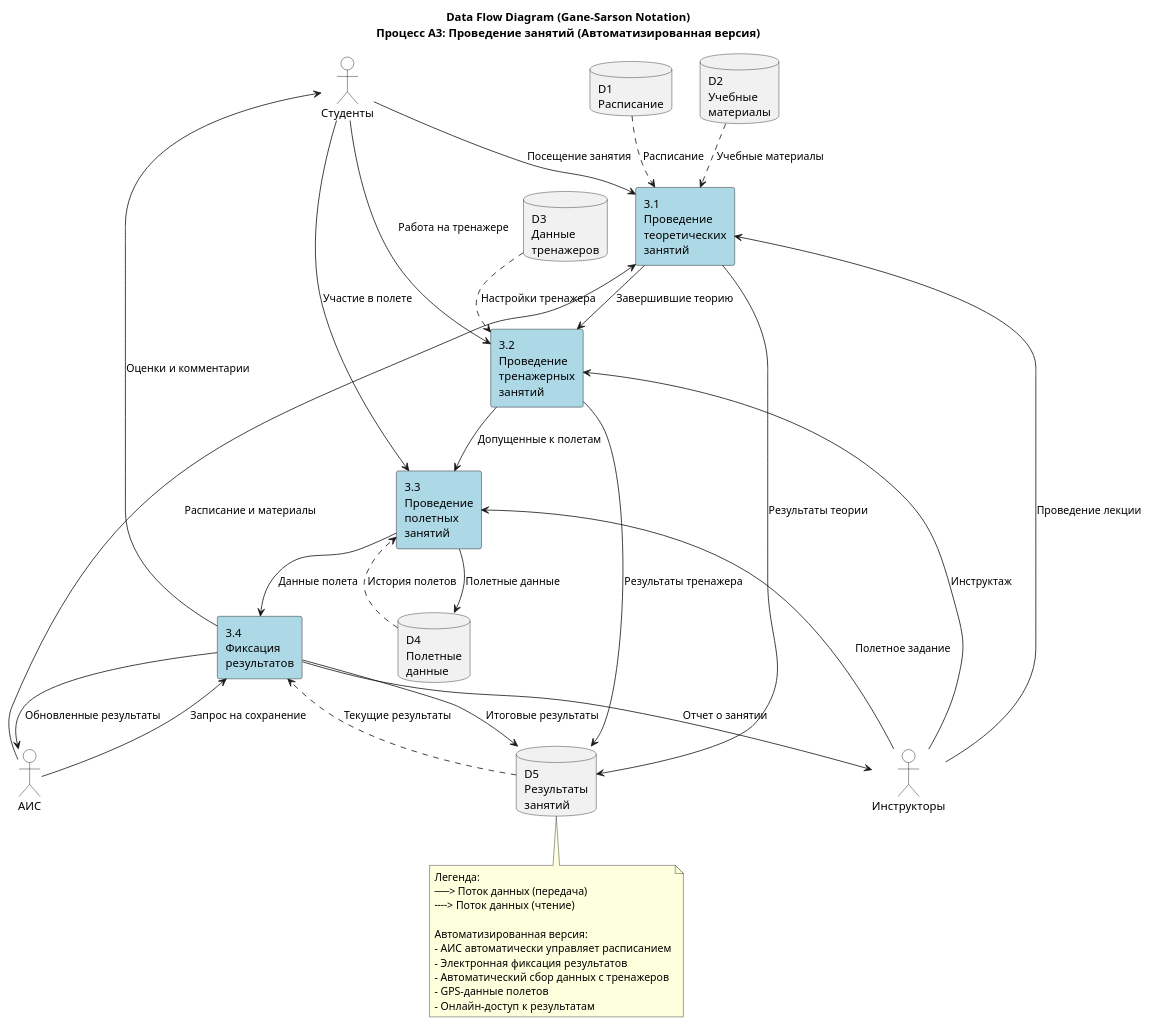
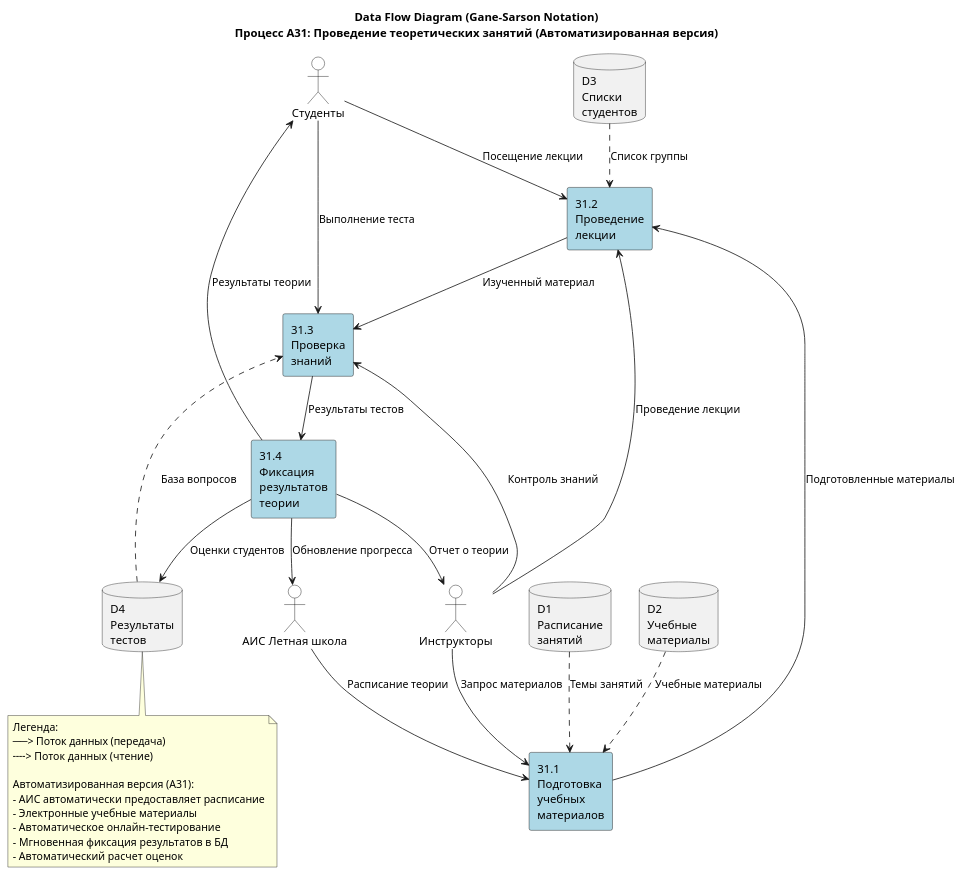
Before and after one commit to oINCLUDEo/Coursework2: the diagram in diagrams/dfd/automated/A3_lessons_dfd.puml, drawn with PlantUML. The commit also changed 2 other files, not shown here.

Commit message:
Redesign DFD for subprocess A31, add section 2.3 comparative analysis

```diff
--- a/diagrams/dfd/automated/A3_lessons_dfd.puml
+++ b/diagrams/dfd/automated/A3_lessons_dfd.puml
@@ -1,87 +1,80 @@
-@startuml DFD A3 - Проведение занятий (Автоматизированная)
+@startuml DFD A31 - Проведение теоретических занятий (Автоматизированная)
 
-' DFD диаграмма в нотации Гейна-Сарсона для процесса A3 (Автоматизированная версия)
-title Data Flow Diagram (Gane-Sarson Notation)\nПроцесс A3: Проведение занятий (Автоматизированная версия)
+' DFD диаграмма в нотации Гейна-Сарсона для процесса A31 (Автоматизированная версия)
+title Data Flow Diagram (Gane-Sarson Notation)\nПроцесс A31: Проведение теоретических занятий (Автоматизированная версия)
 
 skinparam rectangle {
   BackgroundColor LightBlue
   BorderColor Black
 }
 
 skinparam storage {
   BackgroundColor LightGray
   BorderColor Black
 }
 
 skinparam actor {
   BackgroundColor White
   BorderColor Black
 }
 
 ' Внешние сущности (External Entities)
 actor "Студенты" as Student
 actor "Инструкторы" as Instructor
-actor "АИС" as AIS
+actor "АИС Летная школа" as AIS
 
-' Процессы A3 (Processes)
-rectangle "3.1\nПроведение\nтеоретических\nзанятий" as P31
-rectangle "3.2\nПроведение\nтренажерных\nзанятий" as P32
-rectangle "3.3\nПроведение\nполетных\nзанятий" as P33
-rectangle "3.4\nФиксация\nрезультатов" as P34
+' Подпроцессы A31 (Processes)
+rectangle "31.1\nПодготовка\nучебных\nматериалов" as P311
+rectangle "31.2\nПроведение\nлекции" as P312
+rectangle "31.3\nПроверка\nзнаний" as P313
+rectangle "31.4\nФиксация\nрезультатов\nтеории" as P314
 
 ' Хранилища данных (Data Stores)
-database "D1\nРасписание" as DS1
+database "D1\nРасписание\nзанятий" as DS1
 database "D2\nУчебные\nматериалы" as DS2
-database "D3\nДанные\nтренажеров" as DS3
-database "D4\nПолетные\nданные" as DS4
-database "D5\nРезультаты\nзанятий" as DS5
+database "D3\nСписки\nстудентов" as DS3
+database "D4\nРезультаты\nтестов" as DS4
 
 ' Входные потоки от внешних сущностей
-Student --> P31 : Посещение занятия
-Student --> P32 : Работа на тренажере
-Student --> P33 : Участие в полете
+AIS --> P311 : Расписание теории
+Instructor --> P311 : Запрос материалов
 
-Instructor --> P31 : Проведение лекции
-Instructor --> P32 : Инструктаж
-Instructor --> P33 : Полетное задание
+Student --> P312 : Посещение лекции
+Instructor --> P312 : Проведение лекции
 
-AIS --> P31 : Расписание и материалы
-AIS --> P34 : Запрос на сохранение
+Student --> P313 : Выполнение теста
+Instructor --> P313 : Контроль знаний
+
+' Потоки от хранилищ к процессам (чтение)
+DS1 ..> P311 : Темы занятий
+DS2 ..> P311 : Учебные материалы
+DS3 ..> P312 : Список группы
+DS4 ..> P313 : База вопросов
+
+' Потоки между процессами
+P311 --> P312 : Подготовленные материалы
+P312 --> P313 : Изученный материал
+P313 --> P314 : Результаты тестов
 
 ' Потоки от процессов к хранилищам (запись)
-P31 --> DS5 : Результаты теории
-P32 --> DS5 : Результаты тренажера
-P33 --> DS4 : Полетные данные
-P34 --> DS5 : Итоговые результаты
-
-' Потоки от хранилищ к процессам (чтение)
-DS1 ..> P31 : Расписание
-DS2 ..> P31 : Учебные материалы
-DS3 ..> P32 : Настройки тренажера
-DS4 ..> P33 : История полетов
-DS5 ..> P34 : Текущие результаты
-
-' Потоки между процессами
-P31 --> P32 : Завершившие теорию
-P32 --> P33 : Допущенные к полетам
-P33 --> P34 : Данные полета
+P314 --> DS4 : Оценки студентов
 
 ' Выходные потоки к внешним сущностям
-P34 --> Student : Оценки и комментарии
-P34 --> Instructor : Отчет о занятии
-P34 --> AIS : Обновленные результаты
+P314 --> Student : Результаты теории
+P314 --> Instructor : Отчет о теории
+P314 --> AIS : Обновление прогресса
 
 note bottom
   Легенда:
   ──> Поток данных (передача)
   ╌╌> Поток данных (чтение)
   
-  Автоматизированная версия:
-  - АИС автоматически управляет расписанием
-  - Электронная фиксация результатов
-  - Автоматический сбор данных с тренажеров
-  - GPS-данные полетов
-  - Онлайн-доступ к результатам
+  Автоматизированная версия (A31):
+  - АИС автоматически предоставляет расписание
+  - Электронные учебные материалы
+  - Автоматическое онлайн-тестирование
+  - Мгновенная фиксация результатов в БД
+  - Автоматический расчет оценок
 end note
 
 @enduml
```
